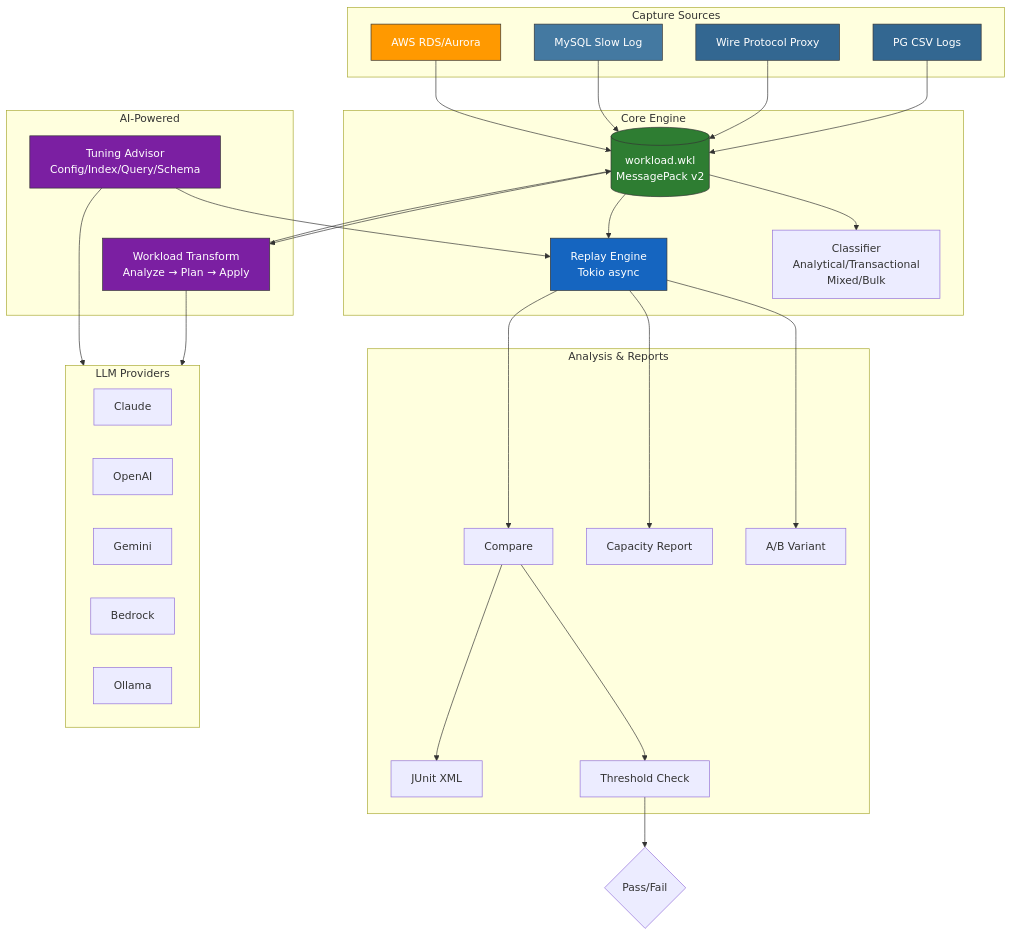
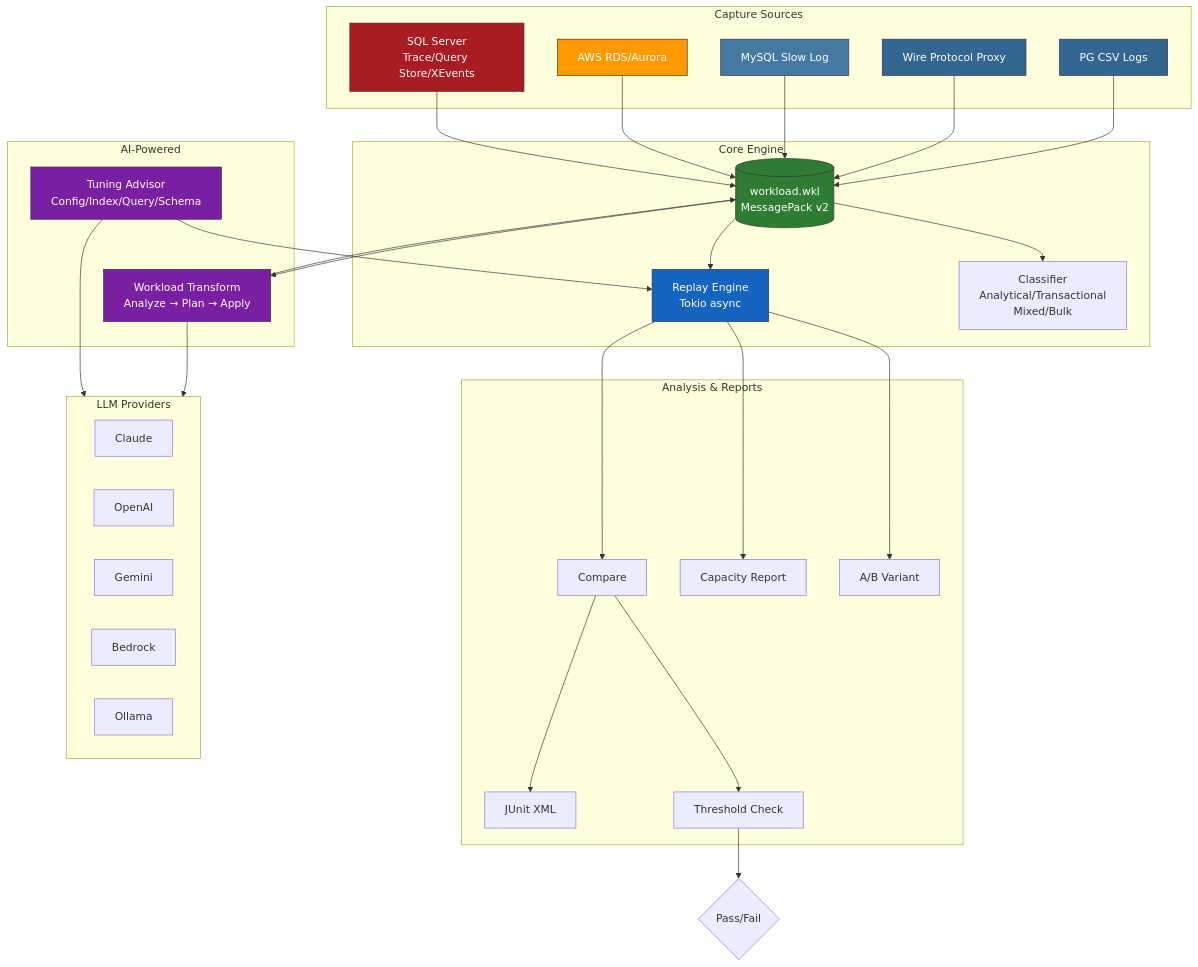
The second of 7 diagrams in README.md (pg-retest/pg-retest), drawn with Mermaid before and after one commit. The commit also changed other lines of this file and 12 other files, not shown here.

First line of the commit message:
feat(capture): SQL Server capture sources (Trace, Query Store, Extended Events)

````diff
--- a/README.md
+++ b/README.md
@@ -148,65 +148,68 @@
 ```mermaid
 flowchart TB
     subgraph Capture["Capture Sources"]
         PG[PG CSV Logs]
         PROXY[Wire Protocol Proxy]
         MYSQL[MySQL Slow Log]
         RDS[AWS RDS/Aurora]
+        MSSQL[SQL Server<br/>Trace/Query Store/XEvents]
     end
 
     subgraph Core["Core Engine"]
         WKL[(workload.wkl<br/>MessagePack v2)]
         REPLAY[Replay Engine<br/>Tokio async]
         CLASSIFY[Classifier<br/>Analytical/Transactional<br/>Mixed/Bulk]
     end
 
     subgraph Analysis["Analysis & Reports"]
         COMPARE[Compare]
         CAPACITY[Capacity Report]
         AB[A/B Variant]
         JUNIT[JUnit XML]
         THRESH[Threshold Check]
     end
 
     subgraph AI["AI-Powered"]
         TRANSFORM[Workload Transform<br/>Analyze → Plan → Apply]
         TUNER[Tuning Advisor<br/>Config/Index/Query/Schema]
     end
 
     subgraph Providers["LLM Providers"]
         CLAUDE[Claude]
         OPENAI[OpenAI]
         GEMINI[Gemini]
         BEDROCK[Bedrock]
         OLLAMA[Ollama]
     end
 
     PG --> WKL
     PROXY --> WKL
     MYSQL --> WKL
     RDS --> WKL
+    MSSQL --> WKL
     WKL --> REPLAY
     WKL --> CLASSIFY
     REPLAY --> COMPARE
     REPLAY --> CAPACITY
     REPLAY --> AB
     COMPARE --> THRESH
     COMPARE --> JUNIT
     THRESH --> PASS{Pass/Fail}
 
     WKL --> TRANSFORM
     TRANSFORM --> WKL
     TUNER --> REPLAY
 
     TRANSFORM --> Providers
     TUNER --> Providers
 
     style PG fill:#336791,stroke:#333,color:#fff
     style PROXY fill:#336791,stroke:#333,color:#fff
     style MYSQL fill:#4479a1,stroke:#333,color:#fff
     style RDS fill:#ff9900,stroke:#333,color:#fff
+    style MSSQL fill:#a91d22,stroke:#333,color:#fff
     style WKL fill:#2e7d32,stroke:#333,color:#fff
     style REPLAY fill:#1565c0,stroke:#333,color:#fff
     style TUNER fill:#7b1fa2,stroke:#333,color:#fff
     style TRANSFORM fill:#7b1fa2,stroke:#333,color:#fff
 ```
````
